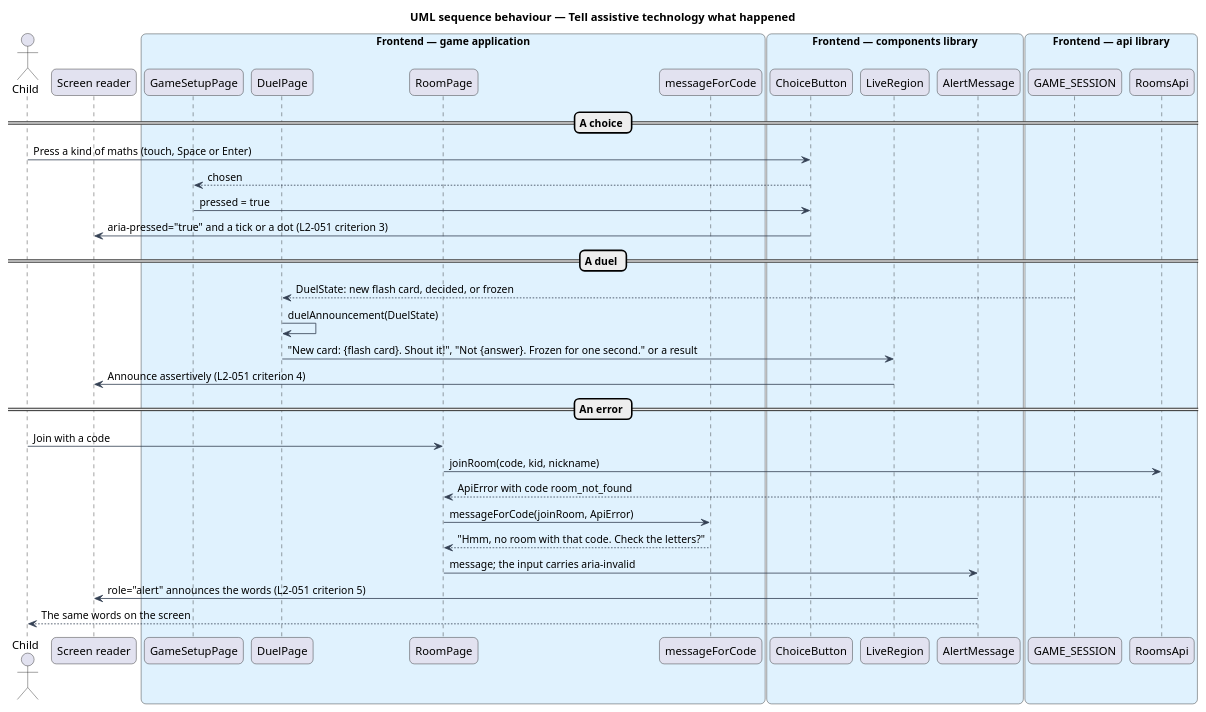
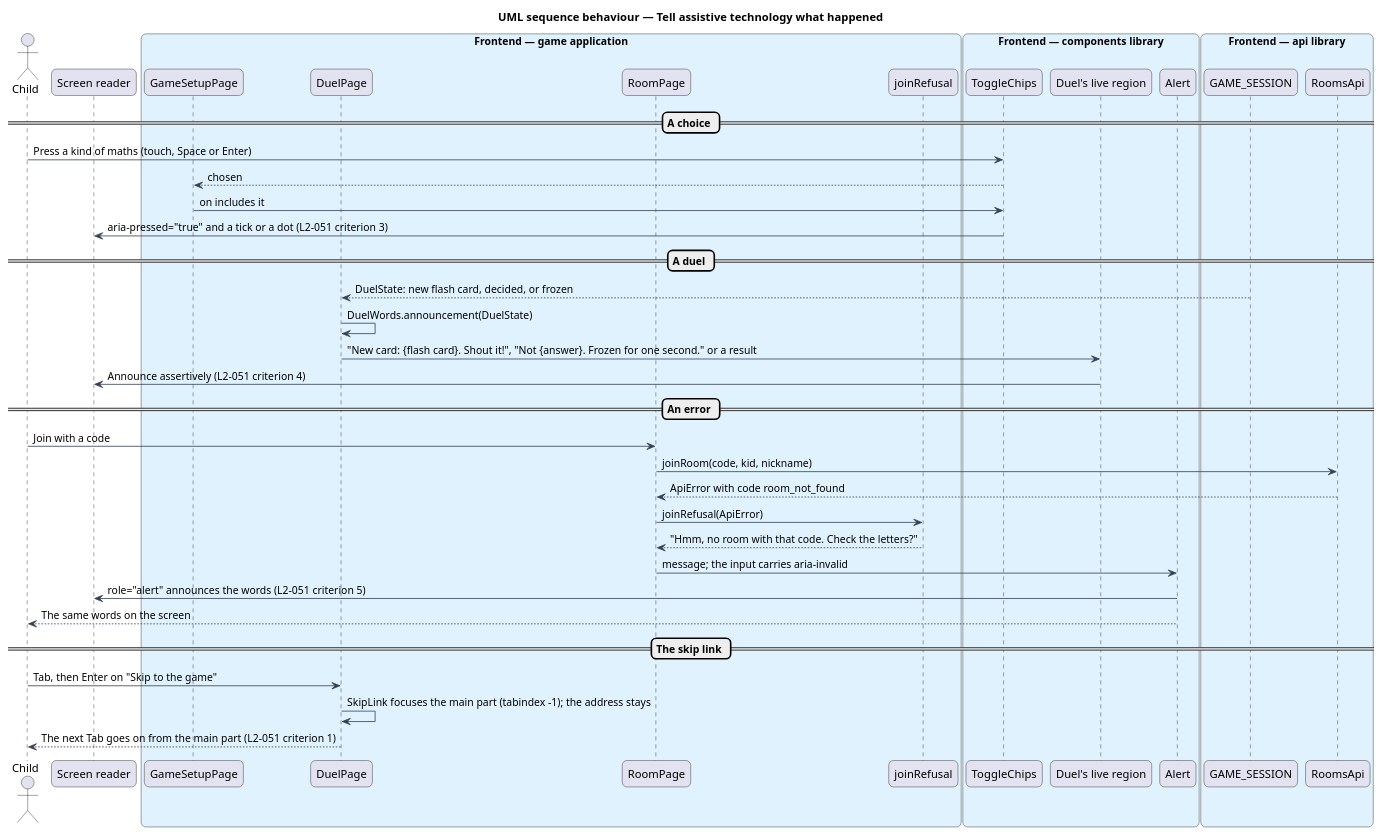
The diagram in docs/detailed-designs/platform/show-every-screen-to-everyone/diagrams/sequence-announce-to-assistive-technology.puml (QuinntyneBrown/around-the-world), drawn with PlantUML before and after one commit. The commit also changed 34 other files, not shown here.

```diff
--- a/docs/detailed-designs/platform/show-every-screen-to-everyone/diagrams/sequence-announce-to-assistive-technology.puml
+++ b/docs/detailed-designs/platform/show-every-screen-to-everyone/diagrams/sequence-announce-to-assistive-technology.puml
@@ -1,53 +1,57 @@
 @startuml
 title UML sequence behaviour — Tell assistive technology what happened
 skinparam backgroundColor #FFFFFF
 skinparam shadowing false
 skinparam roundcorner 12
 skinparam defaultFontName Arial
 skinparam ArrowColor #344054
 skinparam rectangle {
   BorderColor #344054
   FontColor #101828
 }
 skinparam package {
   BorderColor #667085
   FontColor #101828
   BackgroundColor #F9FAFB
 }
 actor "Child" as actor
 participant "Screen reader" as sr
 box "Frontend — game application" #E0F2FE
   participant "GameSetupPage" as setup
   participant "DuelPage" as duel
   participant "RoomPage" as room
-  participant "messageForCode" as words
+  participant "joinRefusal" as words
 end box
 box "Frontend — components library" #E0F2FE
-  participant "ChoiceButton" as choice
-  participant "LiveRegion" as live
-  participant "AlertMessage" as alert
+  participant "ToggleChips" as choice
+  participant "Duel's live region" as live
+  participant "Alert" as alert
 end box
 box "Frontend — api library" #E0F2FE
   participant "GAME_SESSION" as session
   participant "RoomsApi" as rooms
 end box
 == A choice ==
 actor -> choice : Press a kind of maths (touch, Space or Enter)
 choice --> setup : chosen
-setup -> choice : pressed = true
+setup -> choice : on includes it
 choice -> sr : aria-pressed="true" and a tick or a dot (L2-051 criterion 3)
 == A duel ==
 session --> duel : DuelState: new flash card, decided, or frozen
-duel -> duel : duelAnnouncement(DuelState)
+duel -> duel : DuelWords.announcement(DuelState)
 duel -> live : "New card: {flash card}. Shout it!", "Not {answer}. Frozen for one second." or a result
 live -> sr : Announce assertively (L2-051 criterion 4)
 == An error ==
 actor -> room : Join with a code
 room -> rooms : joinRoom(code, kid, nickname)
 rooms --> room : ApiError with code room_not_found
-room -> words : messageForCode(joinRoom, ApiError)
+room -> words : joinRefusal(ApiError)
 words --> room : "Hmm, no room with that code. Check the letters?"
 room -> alert : message; the input carries aria-invalid
 alert -> sr : role="alert" announces the words (L2-051 criterion 5)
 alert --> actor : The same words on the screen
+== The skip link ==
+actor -> duel : Tab, then Enter on "Skip to the game"
+duel -> duel : SkipLink focuses the main part (tabindex -1); the address stays
+duel --> actor : The next Tab goes on from the main part (L2-051 criterion 1)
 @enduml
```
